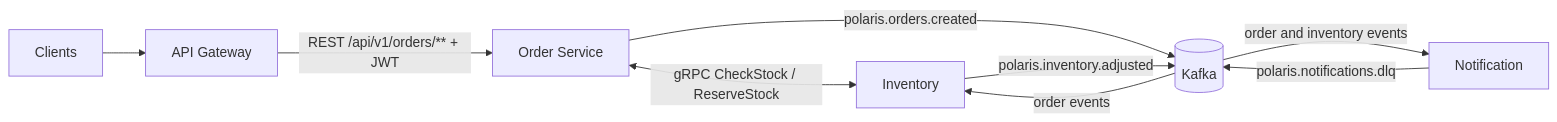
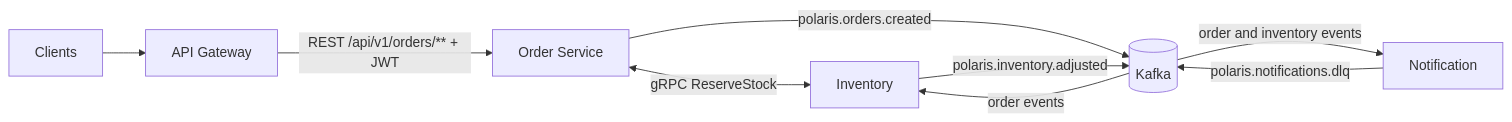
One commit to abdullahsayed30/Polaris changed the diagram in README.md. Above: the diagram before and after it, drawn with Mermaid. The commit also changed other lines of this file and 171 other files, not shown here.

First line of the commit message:
feat: harden microservice reliability and enforce architecture boundaries

````diff
--- a/README.md
+++ b/README.md
@@ -13,15 +13,15 @@
 ```mermaid
 flowchart LR
     Client[Clients] --> Gateway[API Gateway]
 
     Gateway -->|REST /api/v1/orders/** + JWT| Order[Order Service]
 
-    Order <-->|gRPC CheckStock / ReserveStock| Inventory
+    Order <-->|gRPC ReserveStock| Inventory
 
     Order -->|polaris.orders.created| Kafka[(Kafka)]
     Inventory -->|polaris.inventory.adjusted| Kafka
     Notification -->|polaris.notifications.dlq| Kafka
 
     Kafka -->|order events| Inventory
     Kafka -->|order and inventory events| Notification
 ```
````
